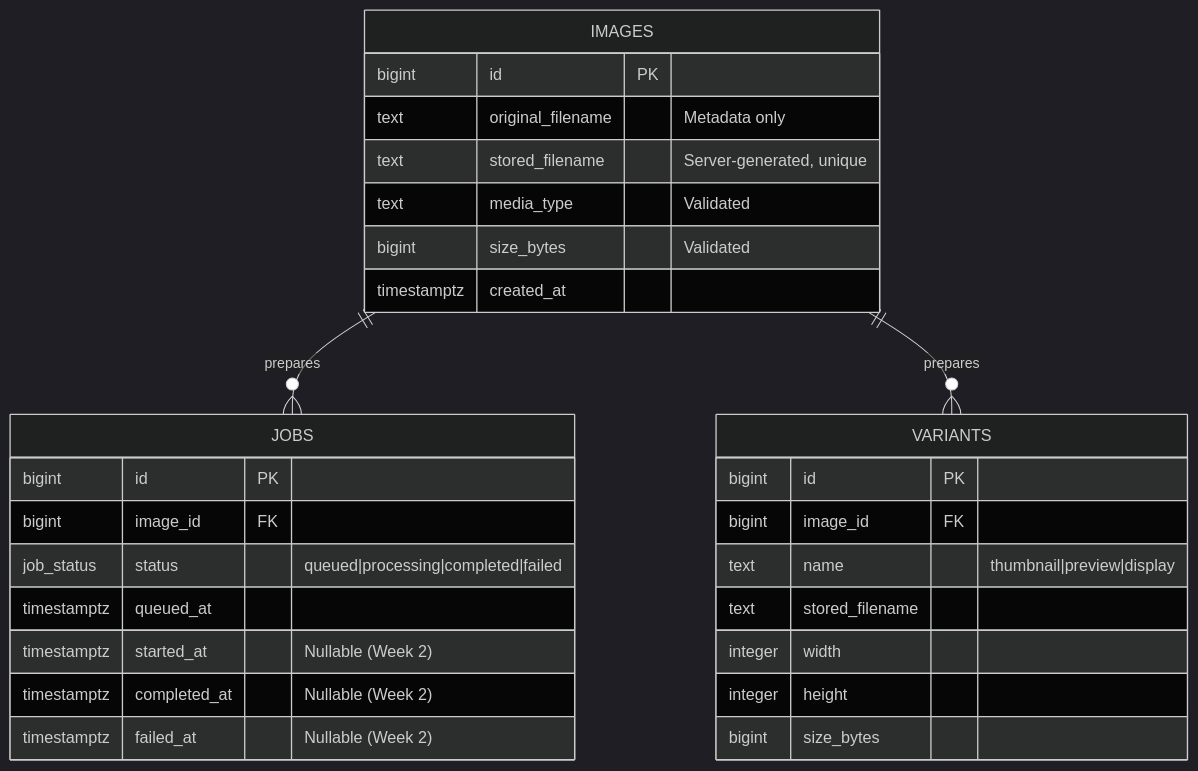
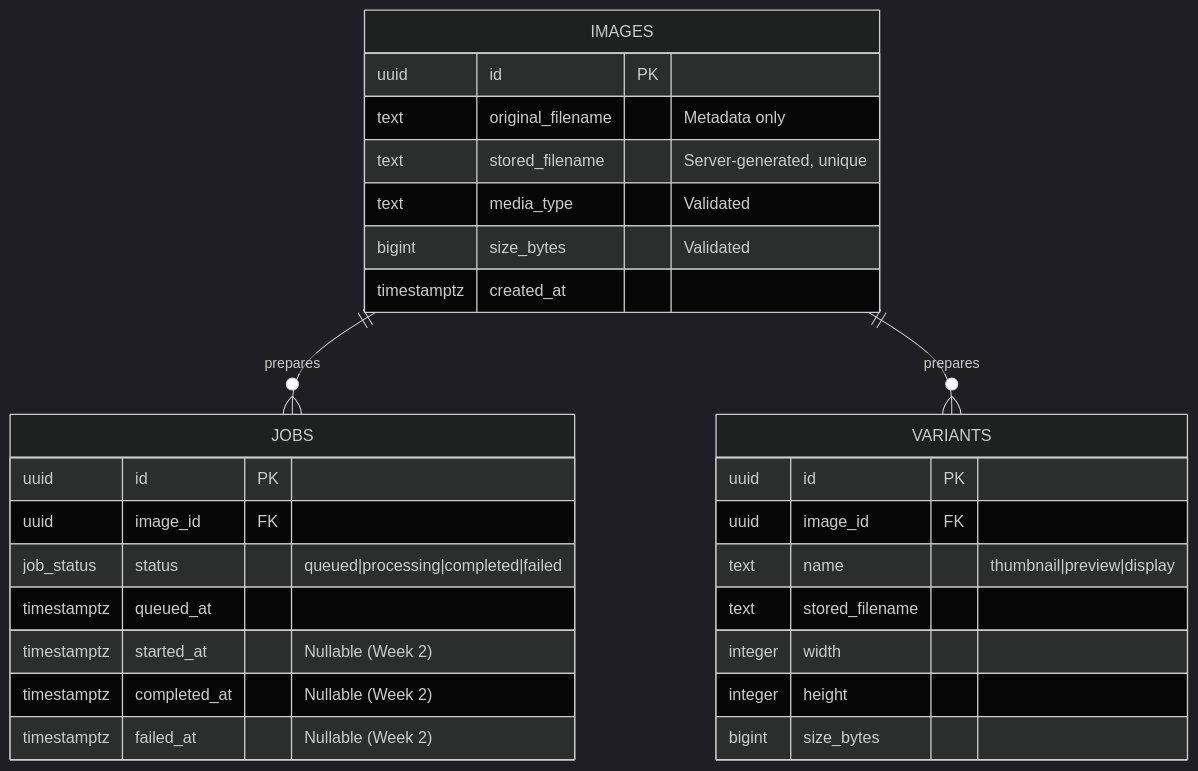
Before and after one commit to ReynerioSamos/imagelab: the third of 4 diagrams in README.md, drawn with Mermaid (dark theme).

Commit message:
updated changed variables in DB schema for readme

````diff
--- a/README.md
+++ b/README.md
@@ -166,34 +166,34 @@
 ```mermaid
 erDiagram
     IMAGES ||--o{ JOBS : "prepares"
     IMAGES ||--o{ VARIANTS : "prepares"
 
     IMAGES {
-        bigint id PK
+        uuid id PK
         text original_filename "Metadata only"
         text stored_filename "Server-generated, unique"
         text media_type "Validated"
         bigint size_bytes "Validated"
         timestamptz created_at
     }
 
     JOBS {
-        bigint id PK
-        bigint image_id FK
+        uuid id PK
+        uuid image_id FK
         job_status status "queued|processing|completed|failed"
         timestamptz queued_at
         timestamptz started_at "Nullable (Week 2)"
         timestamptz completed_at "Nullable (Week 2)"
         timestamptz failed_at "Nullable (Week 2)"
     }
 
     VARIANTS {
-        bigint id PK
-        bigint image_id FK
+        uuid id PK
+        uuid image_id FK
         text name "thumbnail|preview|display"
         text stored_filename
         integer width
         integer height
         bigint size_bytes
     }
 ```
````
